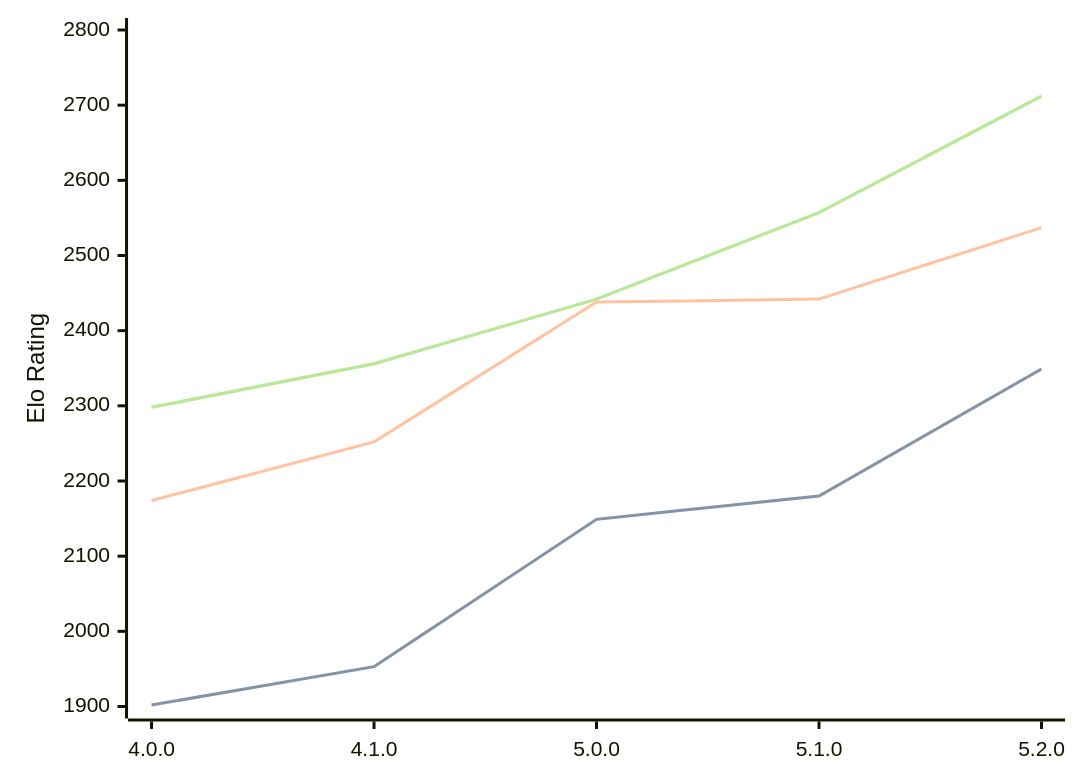
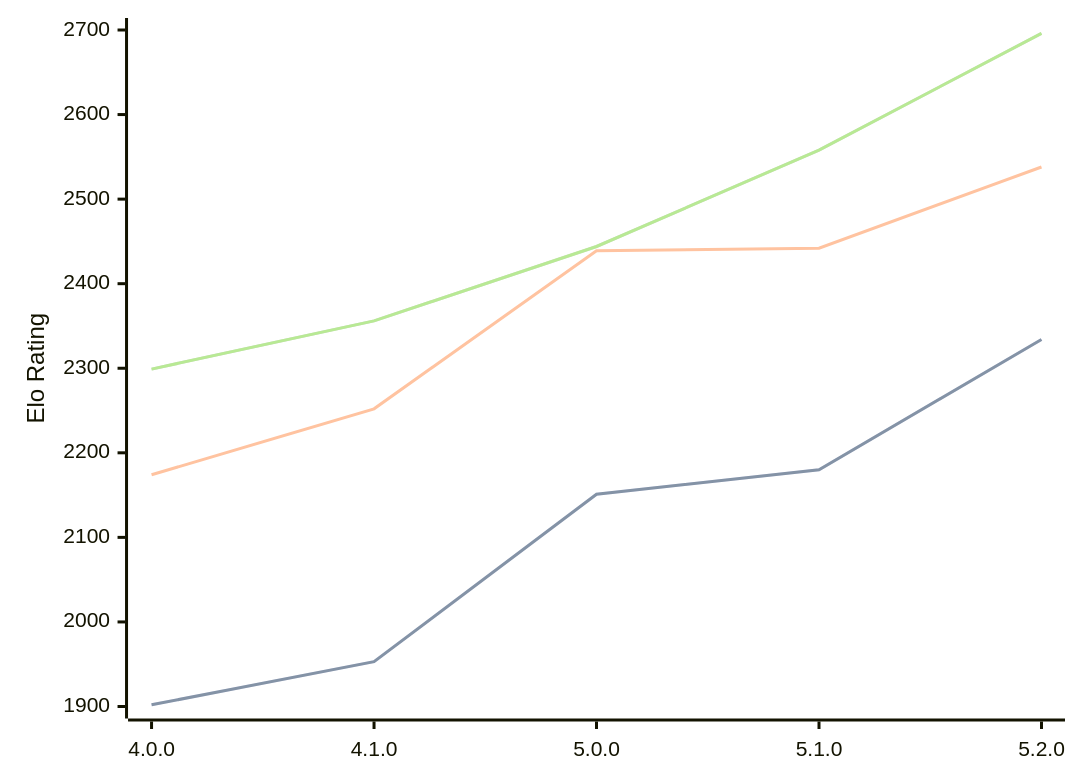
The third of 3 diagrams in engines/Aconcagua.md (computer-chess-index/cci), drawn with Mermaid before and after one commit. The commit also changed other lines of this file, not shown here.

Commit message:
Update CCI Ratings (ELO VLTC) - 2026-06-18

````diff
--- a/engines/Aconcagua.md
+++ b/engines/Aconcagua.md
@@ -77,11 +77,11 @@
 ```mermaid
 %%{init: {"theme":"base","themeVariables":{"seriesColors:['#a3a3a3','#222221','#faa371']}}}%%
 xychart-beta
   x-axis ["4.0.0", "4.1.0", "5.0.0", "5.1.0", "5.2.0"]
-  y-axis "Elo Rating" 1900 --> 2800
-  line "STC (8.0+0.08s)" [1902, 1953, 2149, 2180, 2349]
-  line "STC (8.0+0.08s)" [1902, 1953, 2149, 2180, 2349]
-  line "LTC (60.0+0.60s)" [2174, 2252, 2438, 2442, 2537]
-  line "VLTC (2m24s+1.12s)" [2298, 2356, 2442, 2557, 2712]
-  line "VLTC (2m24s+1.12s)" [2298, 2356, 2442, 2557, 2712]
+  y-axis "Elo Rating" 1900 --> 2700
+  line "STC (8.0+0.08s)" [1902, 1953, 2151, 2180, 2334]
+  line "STC (8.0+0.08s)" [1902, 1953, 2151, 2180, 2334]
+  line "LTC (60.0+0.60s)" [2174, 2252, 2439, 2442, 2538]
+  line "VLTC (2m24s+1.12s)" [2299, 2356, 2444, 2558, 2696]
+  line "VLTC (2m24s+1.12s)" [2299, 2356, 2444, 2558, 2696]
 ```
````
